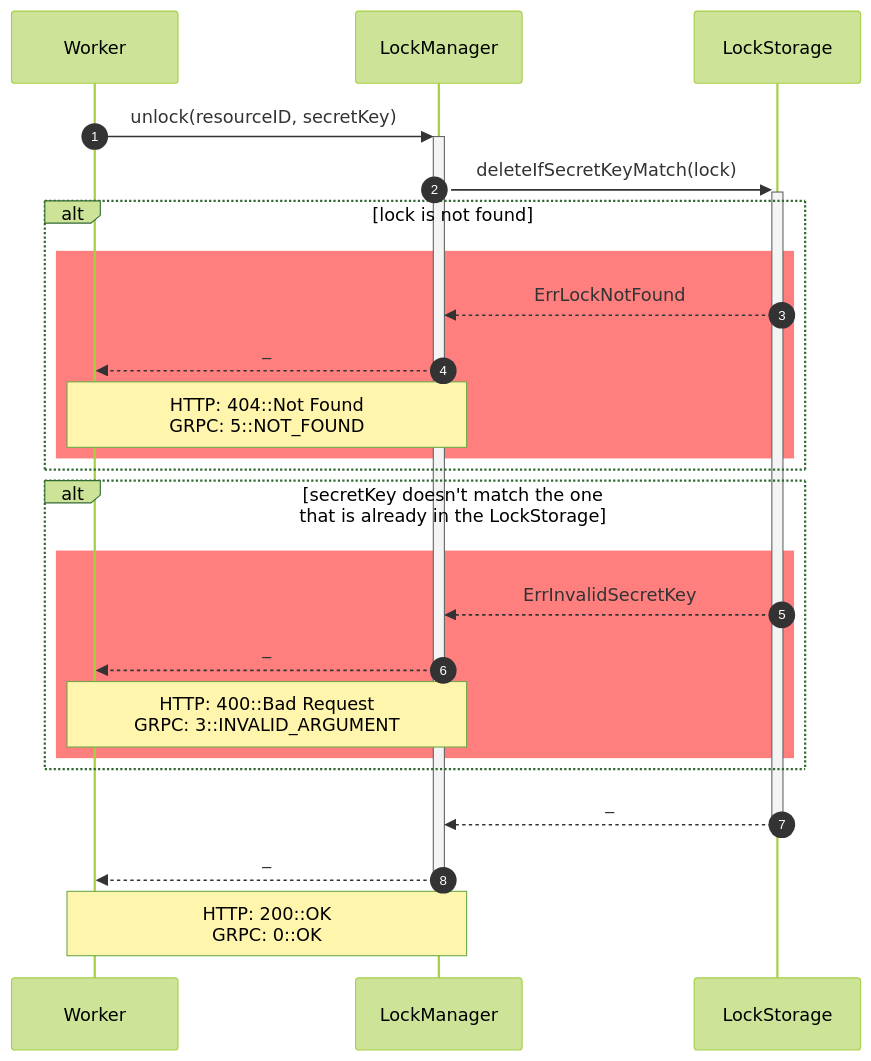
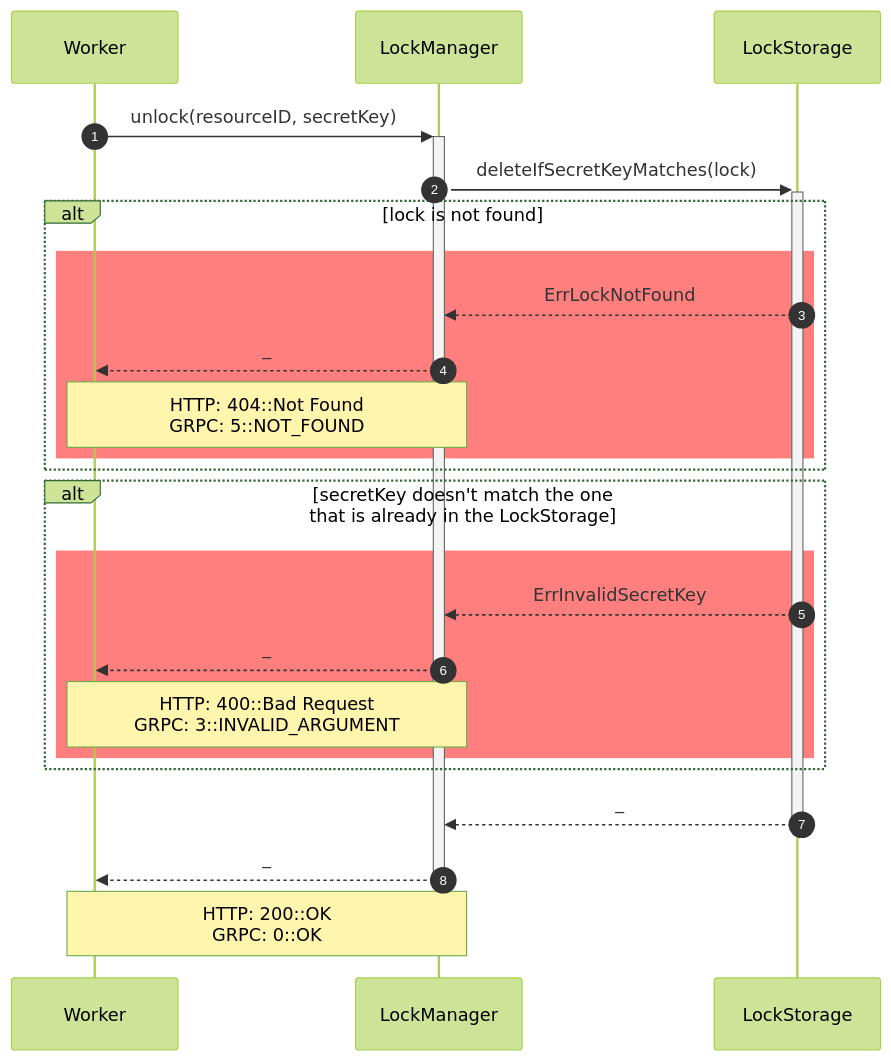
One commit to ruslanSorokin/lock-manager changed the diagram in docs/lock-manager/src/sequence/unlock.mmd. Above: the diagram before and after it, drawn with Mermaid (forest theme). The commit also changed 1 other file, not shown here.

```diff
--- a/docs/lock-manager/src/sequence/unlock.mmd
+++ b/docs/lock-manager/src/sequence/unlock.mmd
@@ -1,25 +1,25 @@
 sequenceDiagram
   autonumber
   participant w as Worker
   participant lm as LockManager
   participant ls as LockStorage
 
   w->>+lm: unlock(resourceID, secretKey)
-  lm->>+ls: deleteIfSecretKeyMatch(lock)
+  lm->>+ls: deleteIfSecretKeyMatches(lock)
   alt lock is not found
     rect rgba(255, 0, 0, 0.5)
       ls-->>lm: ErrLockNotFound
       lm-->>w: _
       Note over w,lm: HTTP: 404::Not Found<br>GRPC: 5::NOT_FOUND
     end
   end
   alt secretKey doesn't match the one that is already in the LockStorage
     rect rgba(255, 0, 0, 0.5)
       ls-->>lm: ErrInvalidSecretKey
       lm-->>w: _
       Note over w,lm: HTTP: 400::Bad Request<br>GRPC: 3::INVALID_ARGUMENT
     end
   end
   ls-->>-lm: _
   lm-->>-w: _
   Note over w,lm: HTTP: 200::OK<br>GRPC: 0::OK
```
